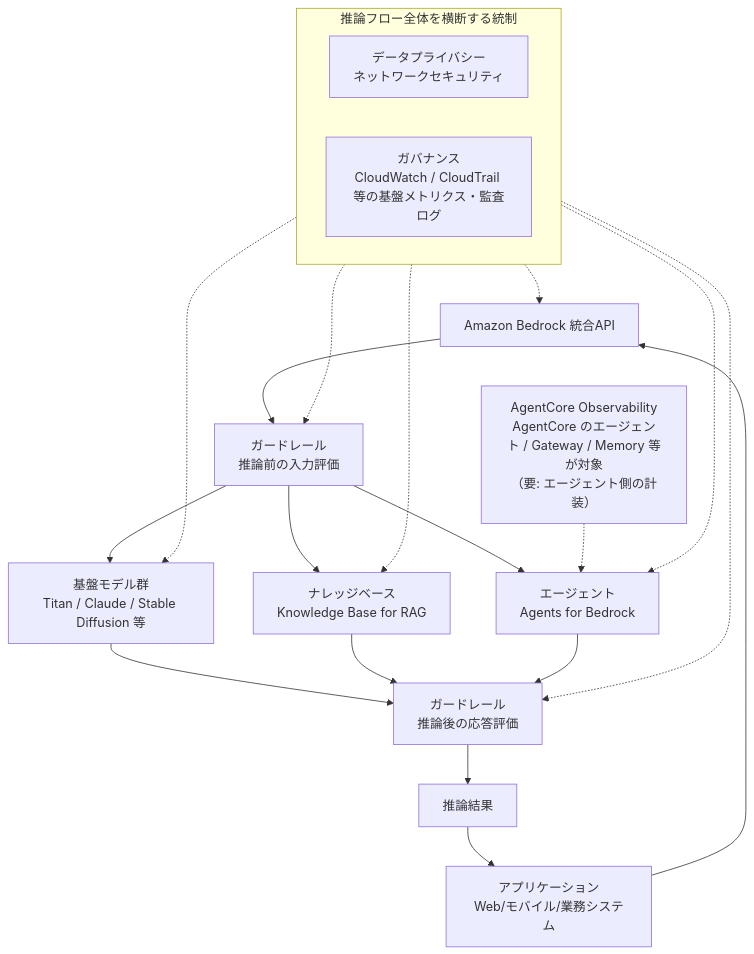
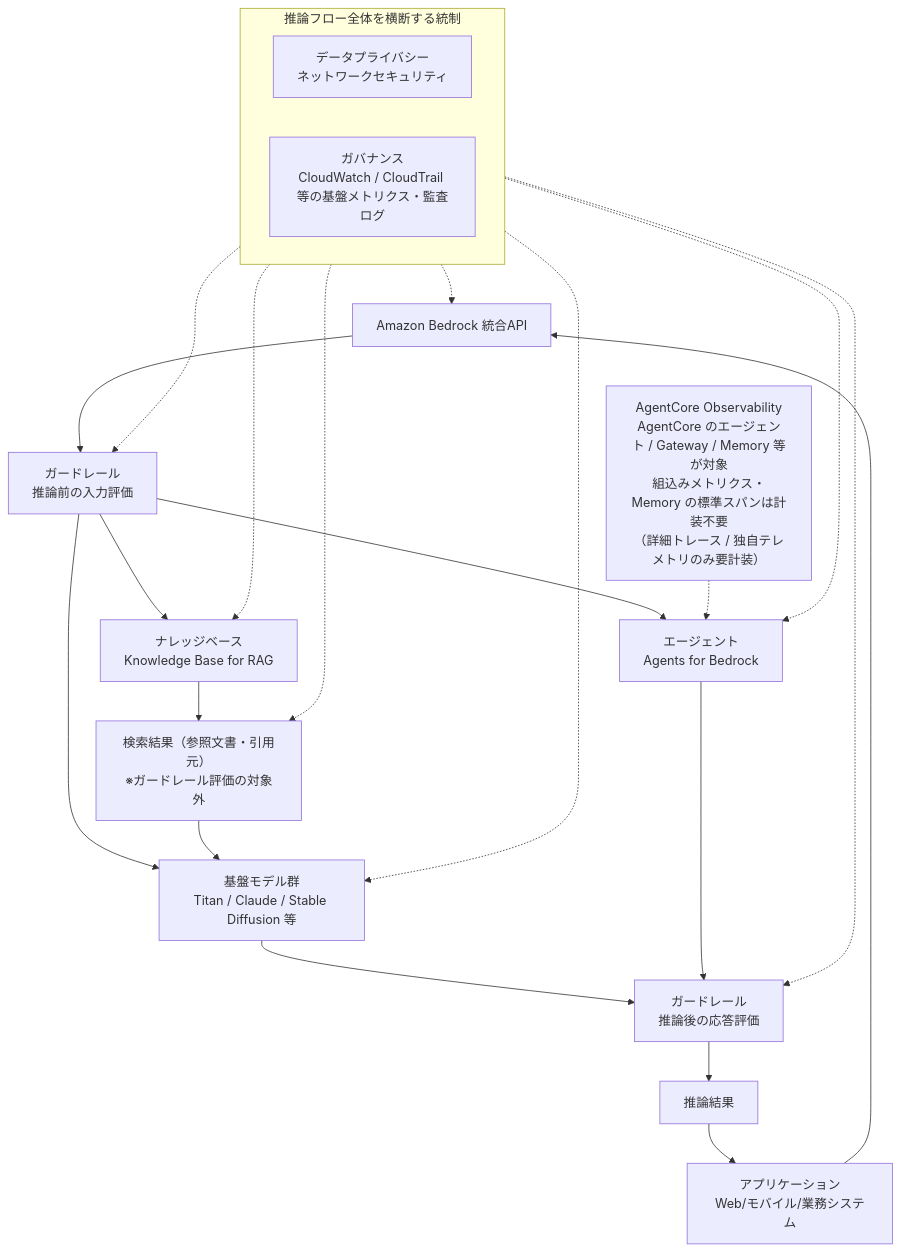
One commit to myoshi2891/Comparison-of-LLMs changed the ninth of 9 diagrams in Generative-ai-on-aws-guide.md. Above: the diagram before and after it, drawn with Mermaid. The commit also changed other lines of this file, not shown here.

Commit message:
docs(generative-ai-aws): update Bedrock guardrail evaluation scope and AgentCore observability instrumentation details

````diff
--- a/Generative-ai-on-aws-guide.md
+++ b/Generative-ai-on-aws-guide.md
@@ -409,25 +409,27 @@
 ```mermaid
 flowchart TB
     A["アプリケーション<br/>Web/モバイル/業務システム"] --> B["Amazon Bedrock 統合API"]
     B --> GI["ガードレール<br/>推論前の入力評価"]
     GI --> C["基盤モデル群<br/>Titan / Claude / Stable Diffusion 等"]
     GI --> D["ナレッジベース<br/>Knowledge Base for RAG"]
     GI --> E["エージェント<br/>Agents for Bedrock"]
+    D --> DR["検索結果（参照文書・引用元）<br/>※ガードレール評価の対象外"]
+    DR --> C
     C --> GO["ガードレール<br/>推論後の応答評価"]
-    D --> GO
     E --> GO
     GO --> G["推論結果"]
     G --> A
     subgraph X["推論フロー全体を横断する統制"]
         H["データプライバシー<br/>ネットワークセキュリティ"]
         I["ガバナンス<br/>CloudWatch / CloudTrail 等の基盤メトリクス・監査ログ"]
     end
     X -.-> B
     X -.-> GI
     X -.-> C
     X -.-> D
+    X -.-> DR
     X -.-> E
     X -.-> GO
-    OBS["AgentCore Observability<br/>AgentCore のエージェント / Gateway / Memory 等が対象<br/>（要: エージェント側の計装）"]
+    OBS["AgentCore Observability<br/>AgentCore のエージェント / Gateway / Memory 等が対象<br/>組込みメトリクス・Memory の標準スパンは計装不要<br/>（詳細トレース / 独自テレメトリのみ要計装）"]
     OBS -.-> E
 ```
````
